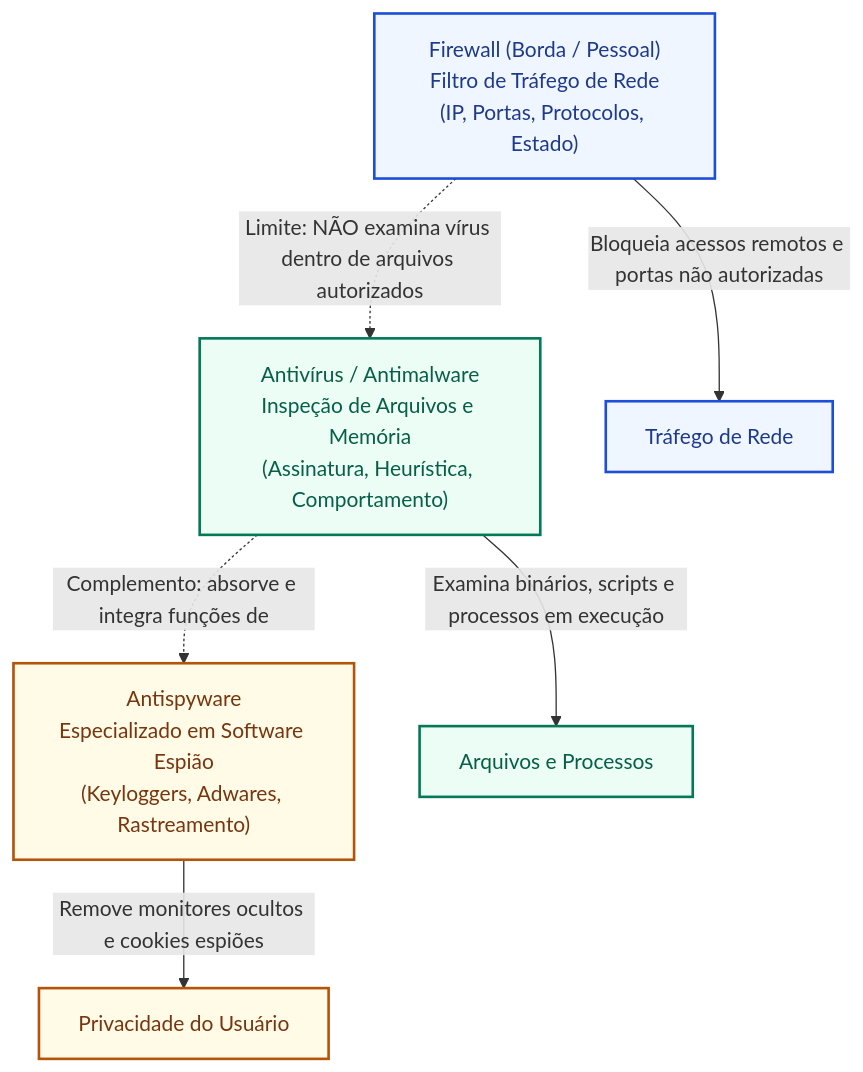
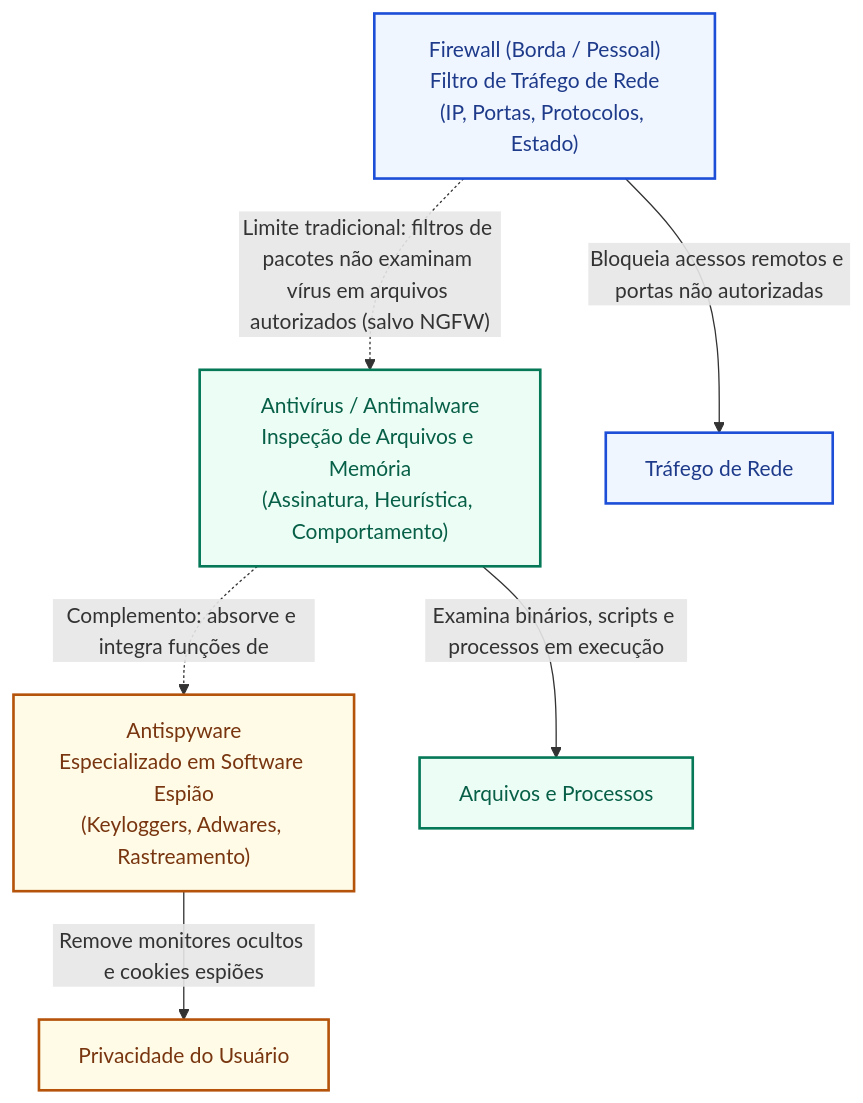
The diagram in 3 - Materias/Informatica/15 - antivirus firewall e antispyware atuacao e limites.md (leorruas/concursos), drawn with Mermaid before and after one commit. The commit also changed other lines of this file and 2 other files, not shown here.

Commit message:
fix(editorial): refinar limites no diagrama Mermaid de firewall e condicoes TLS do cliente

````diff
--- a/3 - Materias/Informatica/15 - antivirus firewall e antispyware atuacao e limites.md
+++ b/3 - Materias/Informatica/15 - antivirus firewall e antispyware atuacao e limites.md
@@ -21,17 +21,17 @@
 ```mermaid
 flowchart TD
     classDef rede fill:#eff6ff,stroke:#1d4ed8,stroke-width:2px,color:#1e3a8a;
     classDef host fill:#ecfdf5,stroke:#047857,stroke-width:2px,color:#065f46;
     classDef spy fill:#fffbe6,stroke:#b45309,stroke-width:2px,color:#78350f;
 
     FW["Firewall (Borda / Pessoal)<br>Filtro de Tráfego de Rede<br>(IP, Portas, Protocolos, Estado)"]:::rede
     AV["Antivírus / Antimalware<br>Inspeção de Arquivos e Memória<br>(Assinatura, Heurística, Comportamento)"]:::host
     AS["Antispyware<br>Especializado em Software Espião<br>(Keyloggers, Adwares, Rastreamento)"]:::spy
 
     FW -->|"Bloqueia acessos remotos e portas não autorizadas"| Tráfego["Tráfego de Rede"]:::rede
     AV -->|"Examina binários, scripts e processos em execução"| Sistema["Arquivos e Processos"]:::host
     AS -->|"Remove monitores ocultos e cookies espiões"| Privacidade["Privacidade do Usuário"]:::spy
 
-    FW -.->|"Limite: NÃO examina vírus dentro de arquivos autorizados"| AV
+    FW -.->|"Limite tradicional: filtros de pacotes não examinam vírus em arquivos autorizados (salvo NGFW)"| AV
     AV -.->|"Complemento: absorve e integra funções de"| AS
 ```
````
